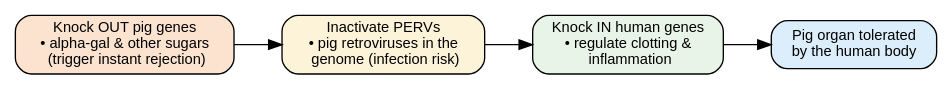
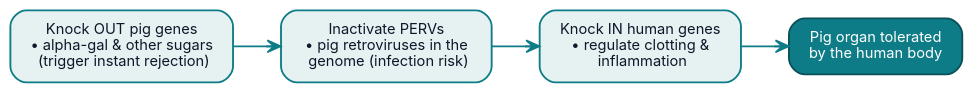
The first of 2 diagrams in chapters/12b-industrial-xeno.qmd (brendanpshea/bioethics), drawn with Graphviz before and after one commit. The commit also changed other lines of this file, not shown here.

First line of the commit message:
Visual pilot on Chapter 12b: chart, brand diagrams, format scoping

````diff
--- a/chapters/12b-industrial-xeno.qmd
+++ b/chapters/12b-industrial-xeno.qmd
@@ -200,12 +202,17 @@
 ```{dot}
 //| fig-width: 9.5
 digraph xeno {
   rankdir=LR;
-  node [shape=box, style="rounded,filled", fontname="Helvetica", fontsize=11];
-  a [label="Knock OUT pig genes\n• alpha-gal & other sugars\n  (trigger instant rejection)", fillcolor="#fbe3d0"];
-  b [label="Inactivate PERVs\n• pig retroviruses in the\n  genome (infection risk)", fillcolor="#fdf3d8"];
-  c [label="Knock IN human genes\n• regulate clotting &\n  inflammation", fillcolor="#e8f4e8"];
-  d [label="Pig organ tolerated\nby the human body", fillcolor="#dCEefb"];
+  graph [bgcolor="transparent"];
+  node [shape=box, style="rounded,filled", fontname="Inter", fontsize=11,
+        fillcolor="#e6f1f2", color="#0e7c86", fontcolor="#0f172a",
+        penwidth=1.4, margin="0.20,0.13"];
+  edge [color="#0e7c86", arrowhead=vee, penwidth=1.3];
+  a [label="Knock OUT pig genes\n• alpha-gal & other sugars\n  (trigger instant rejection)"];
+  b [label="Inactivate PERVs\n• pig retroviruses in the\n  genome (infection risk)"];
+  c [label="Knock IN human genes\n• regulate clotting &\n  inflammation"];
+  d [label="Pig organ tolerated\nby the human body",
+     fillcolor="#0e7c86", fontcolor="#ffffff", color="#095058"];
   a -> b -> c -> d;
 }
 ```
````
